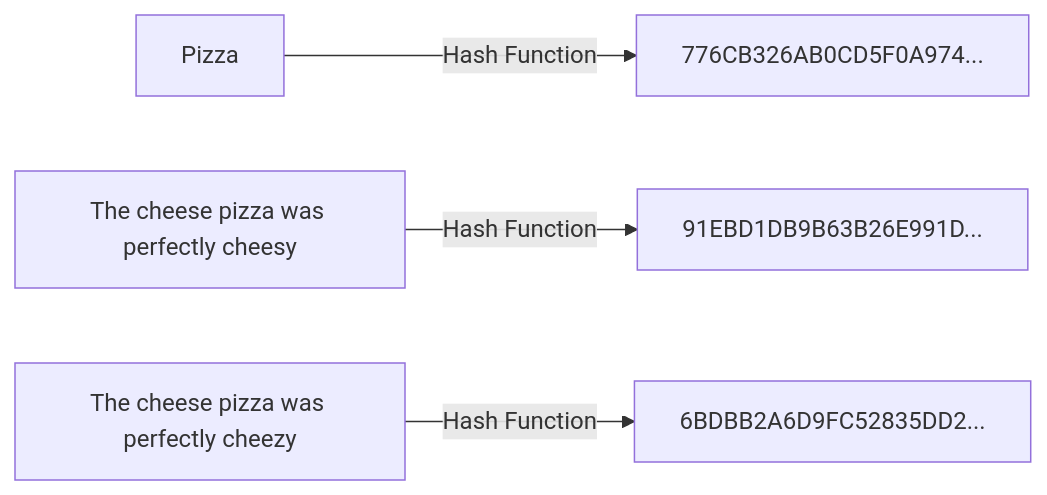
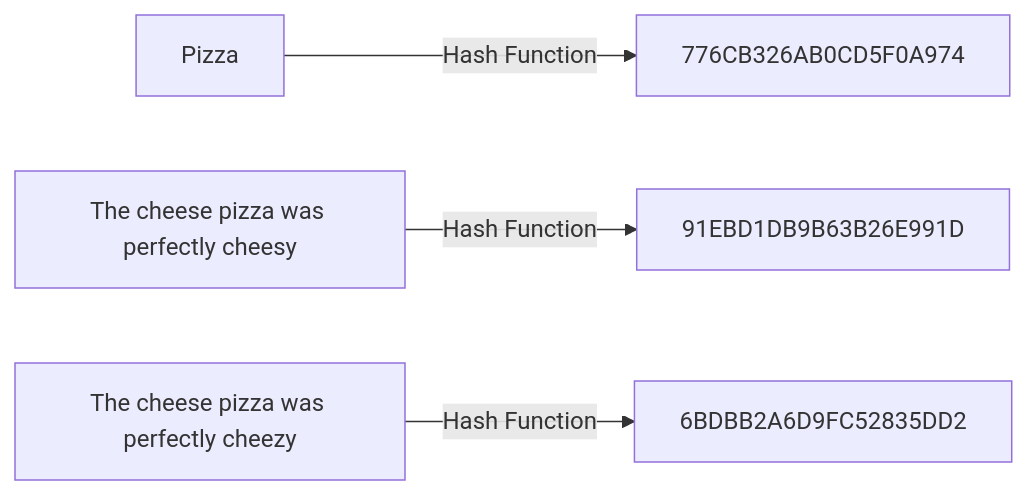
Before and after one commit to anieldev/demonet: the diagram in README.md, drawn with Mermaid.

````diff
--- a/README.md
+++ b/README.md
@@ -7,6 +7,6 @@
 ```mermaid
 graph LR
-A[Pizza] -- Hash Function --> B[776CB326AB0CD5F0A974...]
-E[The cheese pizza was perfectly cheesy ] -- Hash Function --> F[91EBD1DB9B63B26E991D...]
-C[The cheese pizza was perfectly cheezy ] -- Hash Function --> D[6BDBB2A6D9FC52835DD2...]
+A[Pizza] -- Hash Function --> B[776CB326AB0CD5F0A974]
+E[The cheese pizza was perfectly cheesy ] -- Hash Function --> F[91EBD1DB9B63B26E991D]
+C[The cheese pizza was perfectly cheezy ] -- Hash Function --> D[6BDBB2A6D9FC52835DD2]
 ```
````
